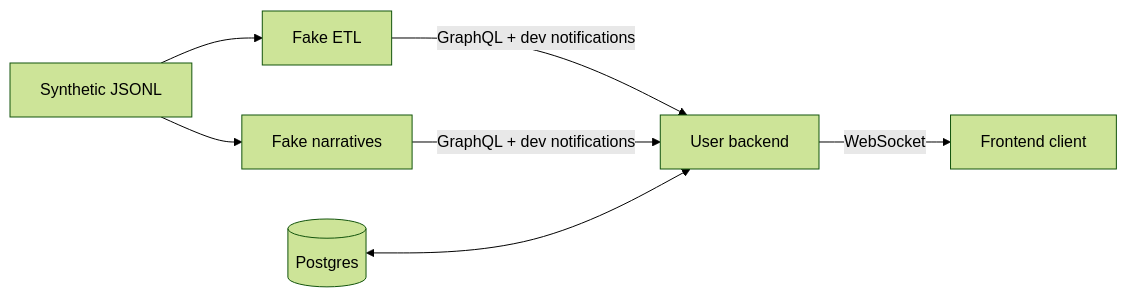
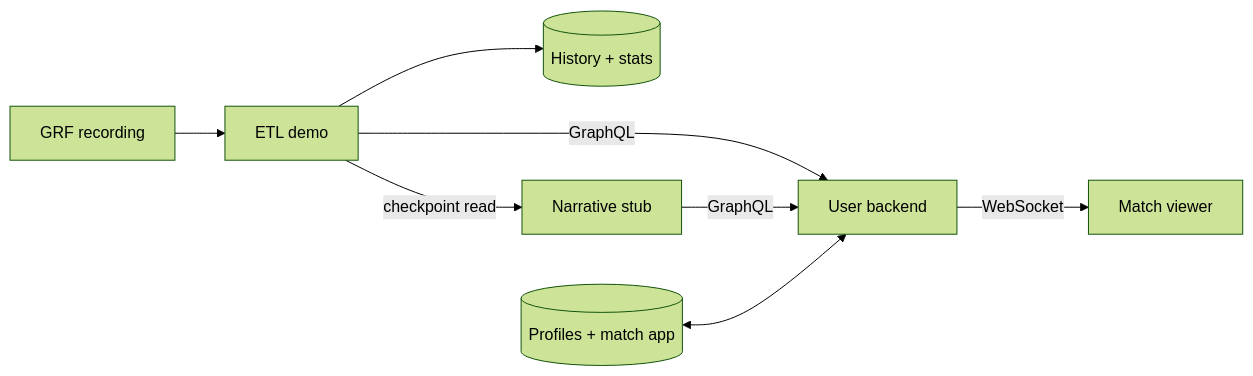
One commit to taka6745/insidethegame changed the diagram in user-backend/docs/development.md. Above: the diagram before and after it, drawn with Mermaid (forest theme). The commit also changed other lines of this file and 99 other files, not shown here.

Commit message:
Connect aligned GRF match, demo ETL and authored bucket narratives

````diff
--- a/user-backend/docs/development.md
+++ b/user-backend/docs/development.md
@@ -14,9 +12,10 @@
 ```mermaid
 flowchart LR
-  JSON["Synthetic JSONL"] --> ETL["Fake ETL"]
-  JSON --> N["Fake narratives"]
-  ETL -->|GraphQL + dev notifications| B["User backend"]
-  N -->|GraphQL + dev notifications| B
-  P[("Postgres")] <--> B
-  B -->|WebSocket| F["Frontend client"]
+  R["GRF recording"] --> E["ETL demo"]
+  E --> H[("History + stats")]
+  E -->|checkpoint read| N["Narrative stub"]
+  E -->|GraphQL| B["User backend"]
+  N -->|GraphQL| B
+  P[("Profiles + match app")] <--> B
+  B -->|WebSocket| F["Match viewer"]
 ```
````
